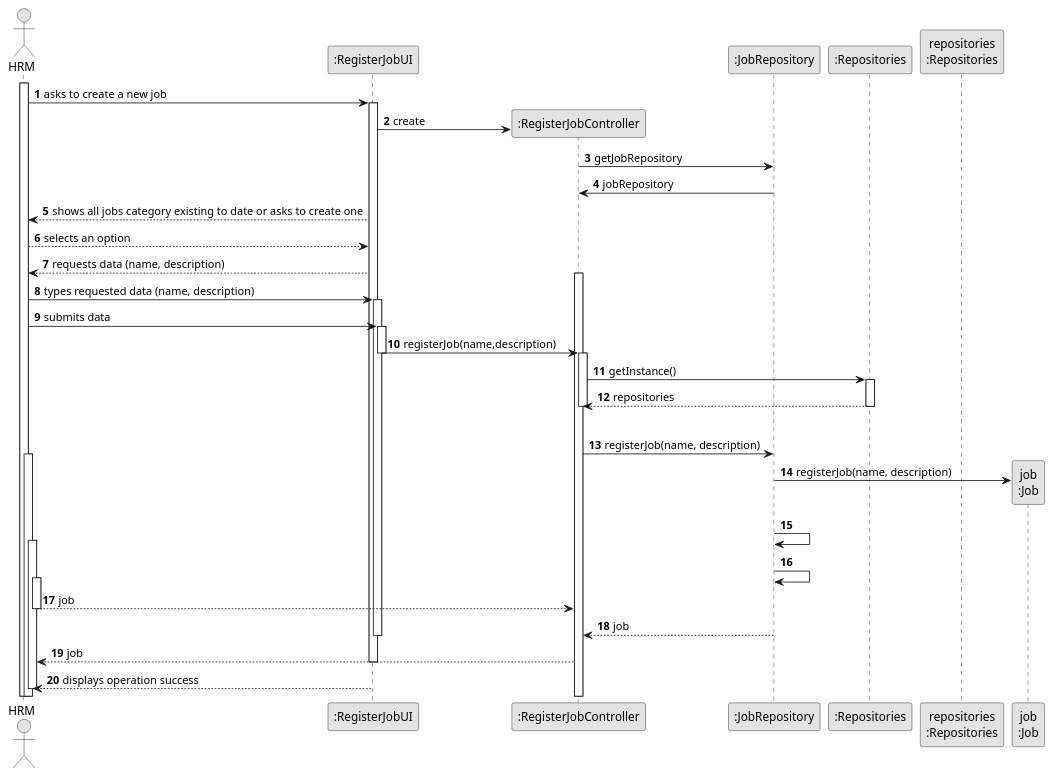
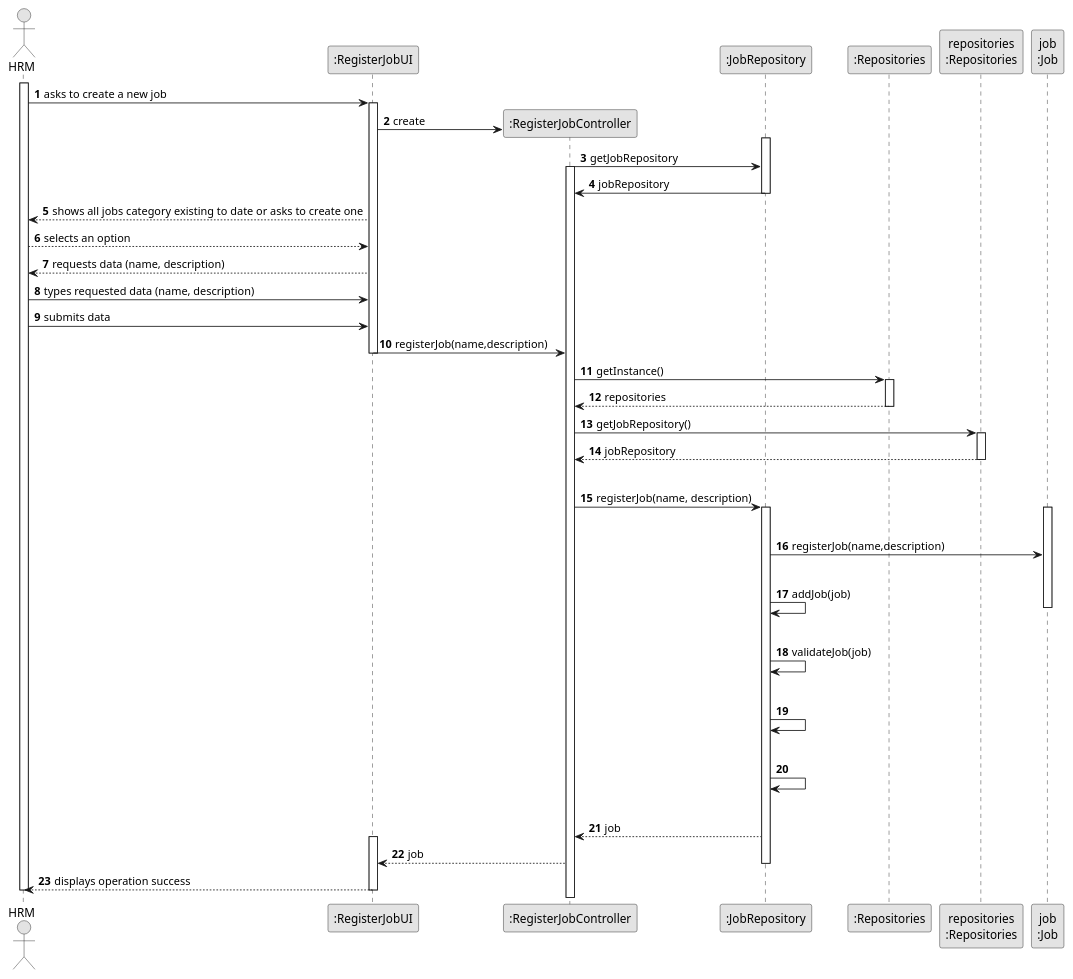
One commit to daniel41silva05/ISEP_2023_2024_LAPR2 changed the diagram in docs/sprintA&B/us002/03.design/puml/us002-sequence-diagram-full.puml. Above: the diagram before and after it, drawn with PlantUML. The commit also changed 8 other files, not shown here.

Commit message:
ED-16 Update US002 sequence diagram split

```diff
--- a/docs/sprintA&B/us002/03.design/puml/us002-sequence-diagram-full.puml
+++ b/docs/sprintA&B/us002/03.design/puml/us002-sequence-diagram-full.puml
@@ -1,95 +1,105 @@
 @startuml
 skinparam monochrome true
 skinparam packageStyle rectangle
 skinparam shadowing false
 
 
 autonumber
 
 'hide footbox
 
 actor "HRM" as HRM
 participant ":RegisterJobUI" as UI
 participant ":RegisterJobController" as CTRL
 participant ":JobRepository" as JOBS
 participant ":Repositories" as REP
-participant "repositories\n:Repositories" as REPS
+participant "repositories\n:Repositories" as PLAT
 participant "job\n:Job" as JOB
+
 
 activate HRM
 
         HRM -> UI : asks to create a new job
 
         activate UI
 
             create CTRL
             UI -> CTRL** : create
 
+            activate JOBS
             CTRL -> JOBS : getJobRepository
 
+            activate CTRL
             JOBS -> CTRL : jobRepository
+
+            deactivate JOBS
 
             UI --> HRM : shows all jobs category existing to date or asks to create one
 
             HRM --> UI : selects an option
 
             UI --> HRM : requests data (name, description)
 
-            activate CTRL
 
 
     HRM -> UI : types requested data (name, description)
-    activate UI
 
 
     HRM -> UI : submits data
-    activate UI
 
         UI -> CTRL : registerJob(name,description)
-        deactivate UI
-        activate CTRL
 
-'            CTRL -> CTRL : getJobCategoryByDescription(taskCategoryDescription)
-'            activate CTRL
-
+            deactivate UI
                 CTRL -> REP : getInstance()
                 activate REP
 
                     REP --> CTRL: repositories
                 deactivate REP
 
-'
-            deactivate CTRL
+                CTRL -> PLAT: getJobRepository()
+
+                activate PLAT
+
+                PLAT --> CTRL: jobRepository
+                deactivate PLAT
 
 
             |||
             CTRL -> JOBS: registerJob(name, description)
-            activate HRM
+            activate JOBS
 
-                JOBS -> JOB**: registerJob(name, description)
-                JOBS -> JOBS:
+            |||
+
+            activate JOB
+            JOBS -> JOB: registerJob(name,description)
+
+            |||
+
+            JOBS -> JOBS: addJob(job)
+            deactivate JOB
+            |||
+
+            JOBS -> JOBS: validateJob(job)
+            |||
+
+            JOBS -> JOBS
+            |||
+
+            JOBS -> JOBS
+            |||
 
 
-                activate HRM
-                    JOBS -> JOBS
-                    activate HRM
+            JOBS --> CTRL: job
 
-                deactivate HRM
+            activate UI
+            CTRL --> UI: job
 
-                HRM --> CTRL : job
-
-            deactivate HRM
-
-            JOBS --> CTRL: job
-            deactivate UI
-
-            CTRL --> HRM: job
-                        deactivate UI
+            deactivate JOBS
 
 
             UI --> HRM: displays operation success
     deactivate UI
 
 deactivate HRM
 
 @enduml
```
